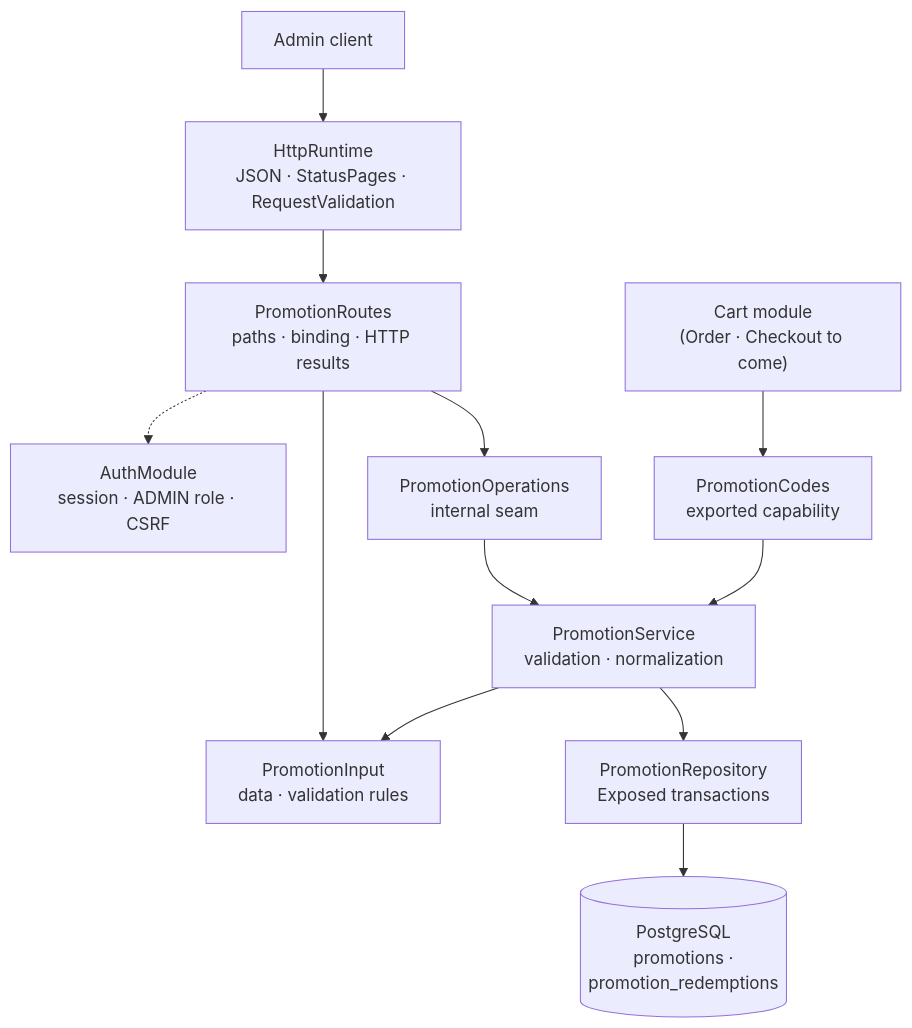
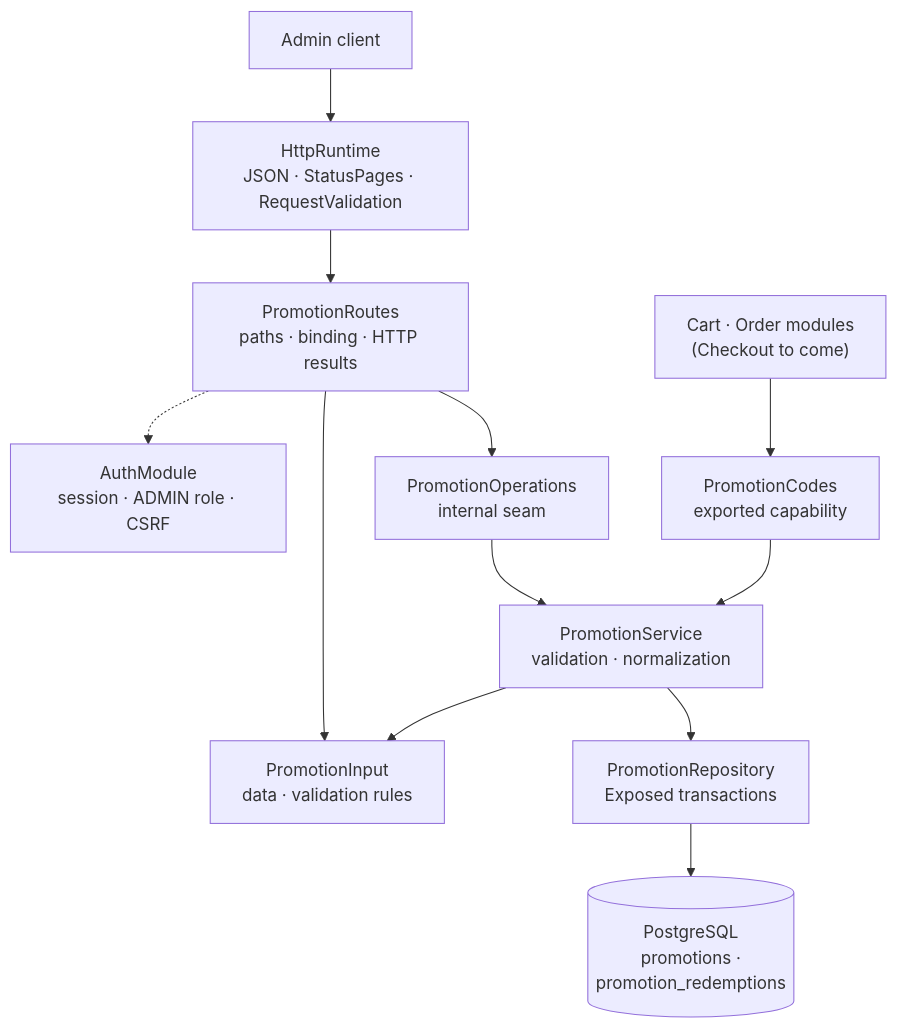
One commit to bitstorm-tech/voenix-shop-kotlin changed the diagram in docs/dev/backend/promotion-package.md. Above: the diagram before and after it, drawn with Mermaid. The commit also changed other lines of this file and 109 other files, not shown here.

First line of the commit message:
Migrate the Order feature into a Kotlin order module

````diff
--- a/docs/dev/backend/promotion-package.md
+++ b/docs/dev/backend/promotion-package.md
@@ -27,25 +28,25 @@
 ```mermaid
 flowchart TB
     Client["Admin client"]
     Http["HttpRuntime<br/>JSON · StatusPages · RequestValidation"]
     Auth["AuthModule<br/>session · ADMIN role · CSRF"]
     Routes["PromotionRoutes<br/>paths · binding · HTTP results"]
     Input["PromotionInput<br/>data · validation rules"]
     Operations["PromotionOperations<br/>internal seam"]
     Codes["PromotionCodes<br/>exported capability"]
-    Consumer["Cart module<br/>(Order · Checkout to come)"]
+    Consumer["Cart · Order modules<br/>(Checkout to come)"]
     Service["PromotionService<br/>validation · normalization"]
     Repository["PromotionRepository<br/>Exposed transactions"]
     Promotions[("PostgreSQL<br/>promotions ·<br/>promotion_redemptions")]
 
     Client --> Http --> Routes
     Routes -.-> Auth
     Routes --> Input
     Routes --> Operations
     Consumer --> Codes
     Operations --> Service
     Codes --> Service
     Service --> Input
     Service --> Repository
     Repository --> Promotions
 ```
````
